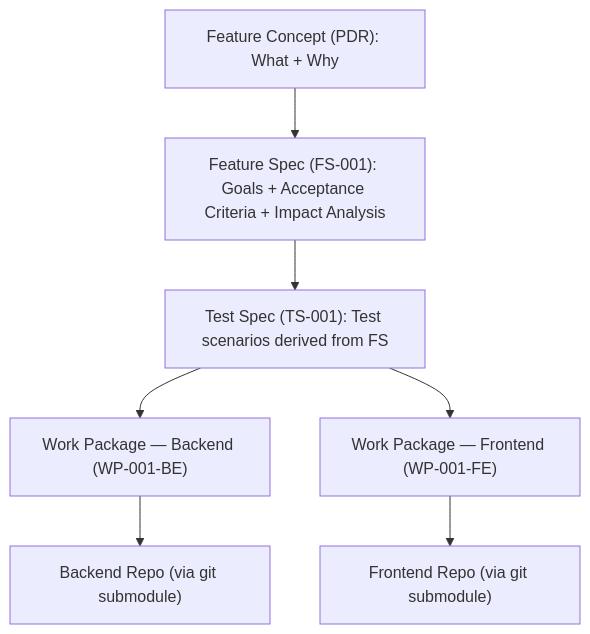
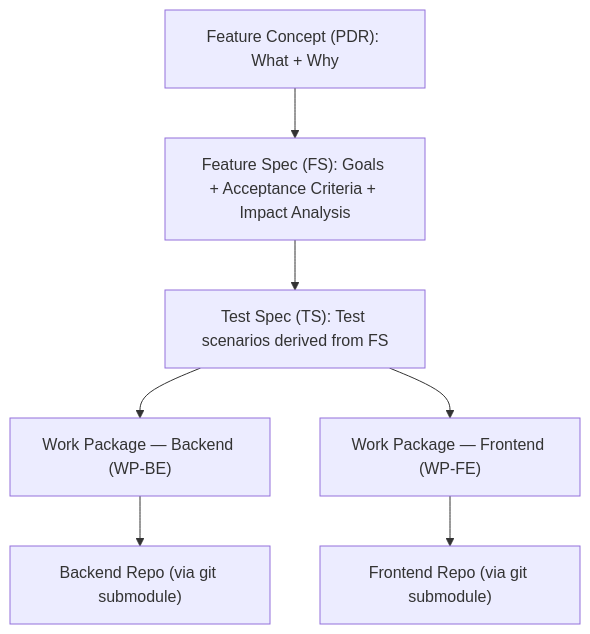
The diagram in README.md (tankibaj/spec-driven-development), drawn with Mermaid before and after one commit. The commit also changed other lines of this file and 7 other files, not shown here.

````diff
--- a/README.md
+++ b/README.md
@@ -51,9 +43,9 @@
 ```mermaid
 flowchart TD
-    PDR["Feature Concept (PDR): What + Why"] --> FS["Feature Spec (FS-001): Goals + Acceptance Criteria + Impact Analysis"]
-    FS --> TS["Test Spec (TS-001): Test scenarios derived from FS"]
-    TS --> BE["Work Package — Backend (WP-001-BE)"]
-    TS --> FE["Work Package — Frontend (WP-001-FE)"]
+    PDR["Feature Concept (PDR): What + Why"] --> FS["Feature Spec (FS): Goals + Acceptance Criteria + Impact Analysis"]
+    FS --> TS["Test Spec (TS): Test scenarios derived from FS"]
+    TS --> BE["Work Package — Backend (WP-BE)"]
+    TS --> FE["Work Package — Frontend (WP-FE)"]
     BE --> BR["Backend Repo (via git submodule)"]
     FE --> FR["Frontend Repo (via git submodule)"]
 ```
````
